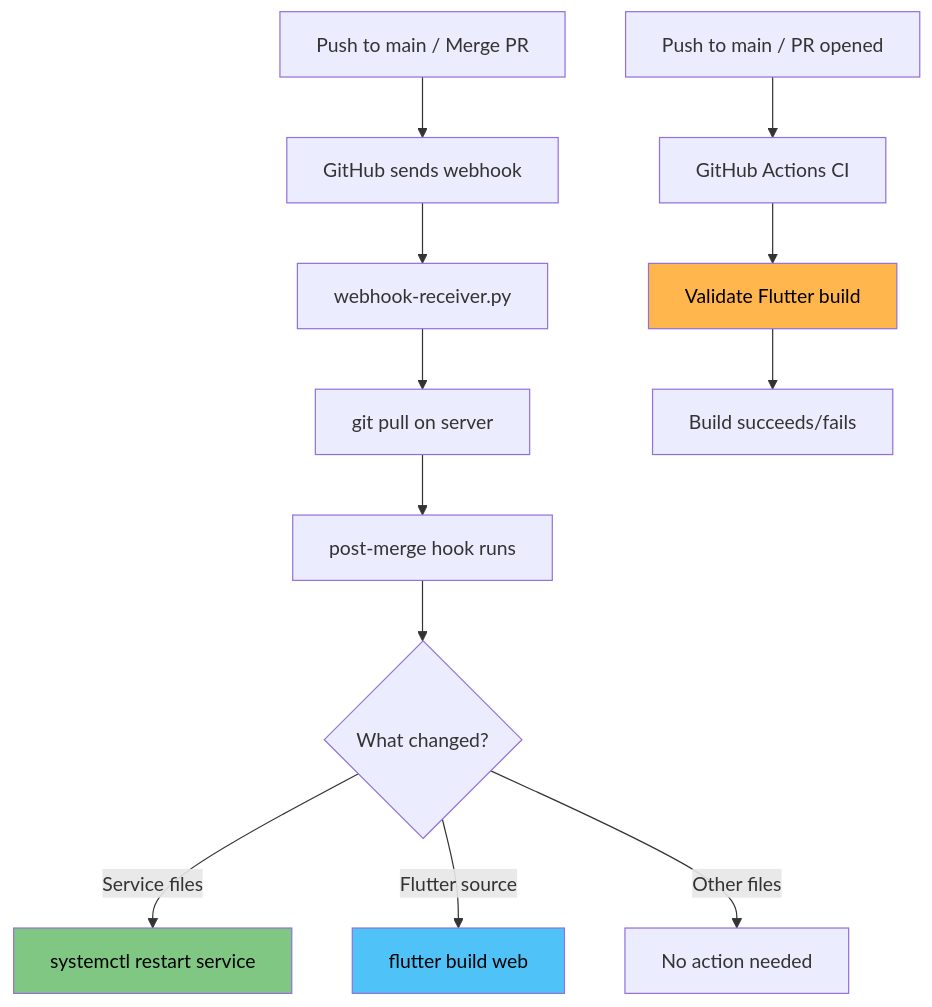
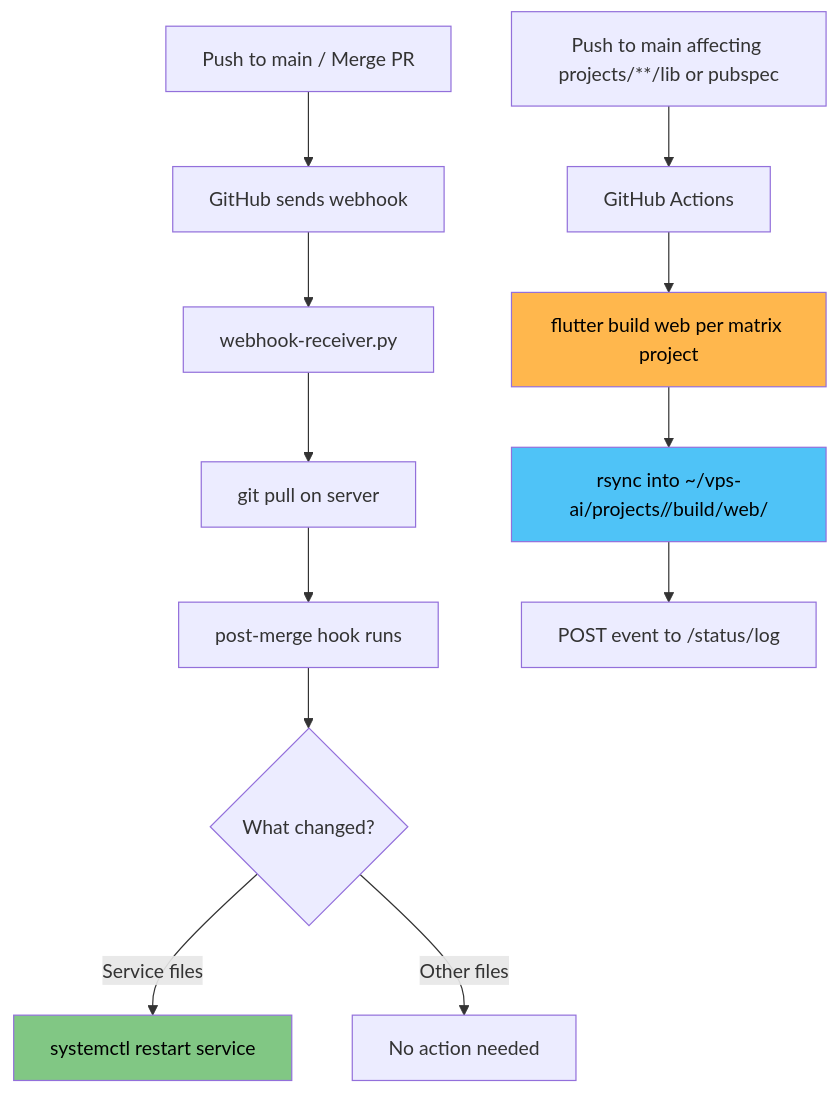
One commit to epatel/vps-ai changed the diagram in README.md. Above: the diagram before and after it, drawn with Mermaid. The commit also changed other lines of this file and 1 other file, not shown here.

Commit message:
Update README and CLAUDE.md for new Flutter deploy + status-page event log

````diff
--- a/README.md
+++ b/README.md
@@ -39,19 +40,19 @@
 ```mermaid
 graph TD
     A[Push to main / Merge PR] --> B[GitHub sends webhook]
     B --> C[webhook-receiver.py]
     C --> D[git pull on server]
     D --> E[post-merge hook runs]
     E --> F{What changed?}
     F -->|Service files| G[systemctl restart service]
-    F -->|Flutter source| H[flutter build web]
     F -->|Other files| I[No action needed]
 
-    J[Push to main / PR opened] --> K[GitHub Actions CI]
-    K --> L[Validate Flutter build]
-    L --> M[Build succeeds/fails]
+    J[Push to main affecting projects/**/lib or pubspec] --> K[GitHub Actions]
+    K --> L[flutter build web per matrix project]
+    L --> M[rsync into ~/vps-ai/projects/<name>/build/web/]
+    M --> N[POST event to /status/log]
 
-    style H fill:#4FC3F7,color:#000
     style G fill:#81C784,color:#000
     style L fill:#FFB74D,color:#000
+    style M fill:#4FC3F7,color:#000
 ```
````
